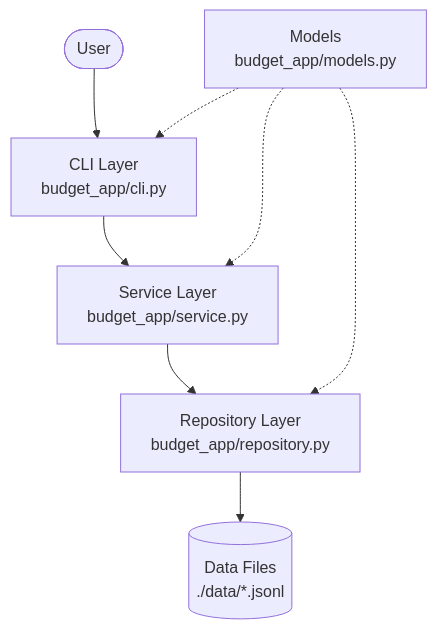
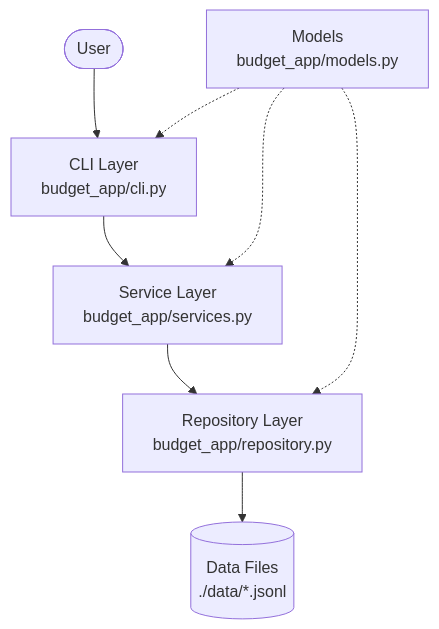
One commit to ChoMyeongHwan/console-pocket-book changed the diagram in docs/learning/01_layered_architecture.md. Above: the diagram before and after it, drawn with Mermaid. The commit also changed other lines of this file and 16 other files, not shown here.

````diff
--- a/docs/learning/01_layered_architecture.md
+++ b/docs/learning/01_layered_architecture.md
@@ -25,11 +38,11 @@
 ```mermaid
 flowchart TD
     User([User]) --> CLI[CLI Layer\nbudget_app/cli.py]
-    CLI --> Service[Service Layer\nbudget_app/service.py]
+    CLI --> Service[Service Layer\nbudget_app/services.py]
     Service --> Repo[Repository Layer\nbudget_app/repository.py]
     Repo --> Data[(Data Files\n./data/*.jsonl)]
     
     Models[Models\nbudget_app/models.py] -.-> CLI
     Models -.-> Service
     Models -.-> Repo
 ```
````
